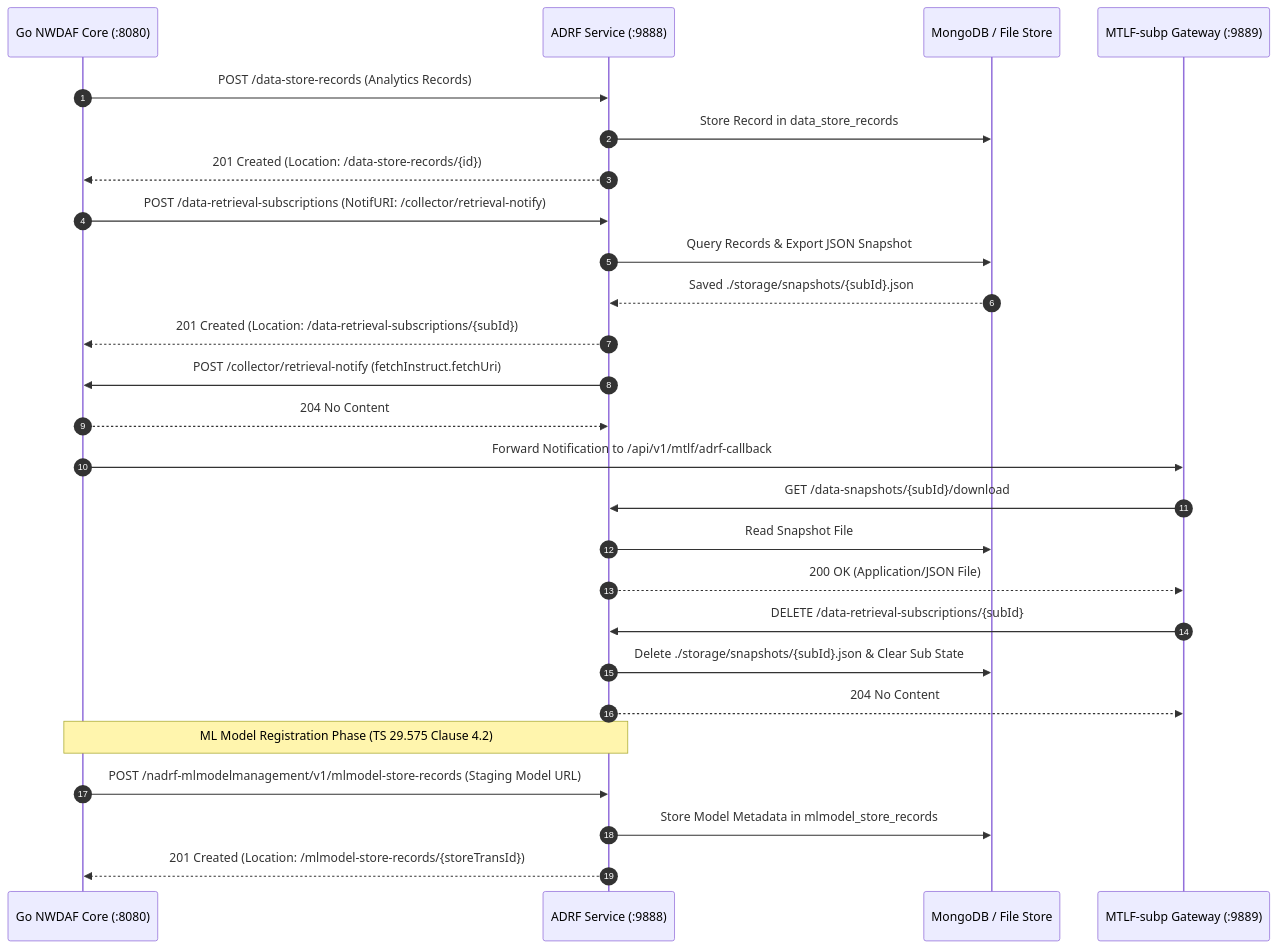
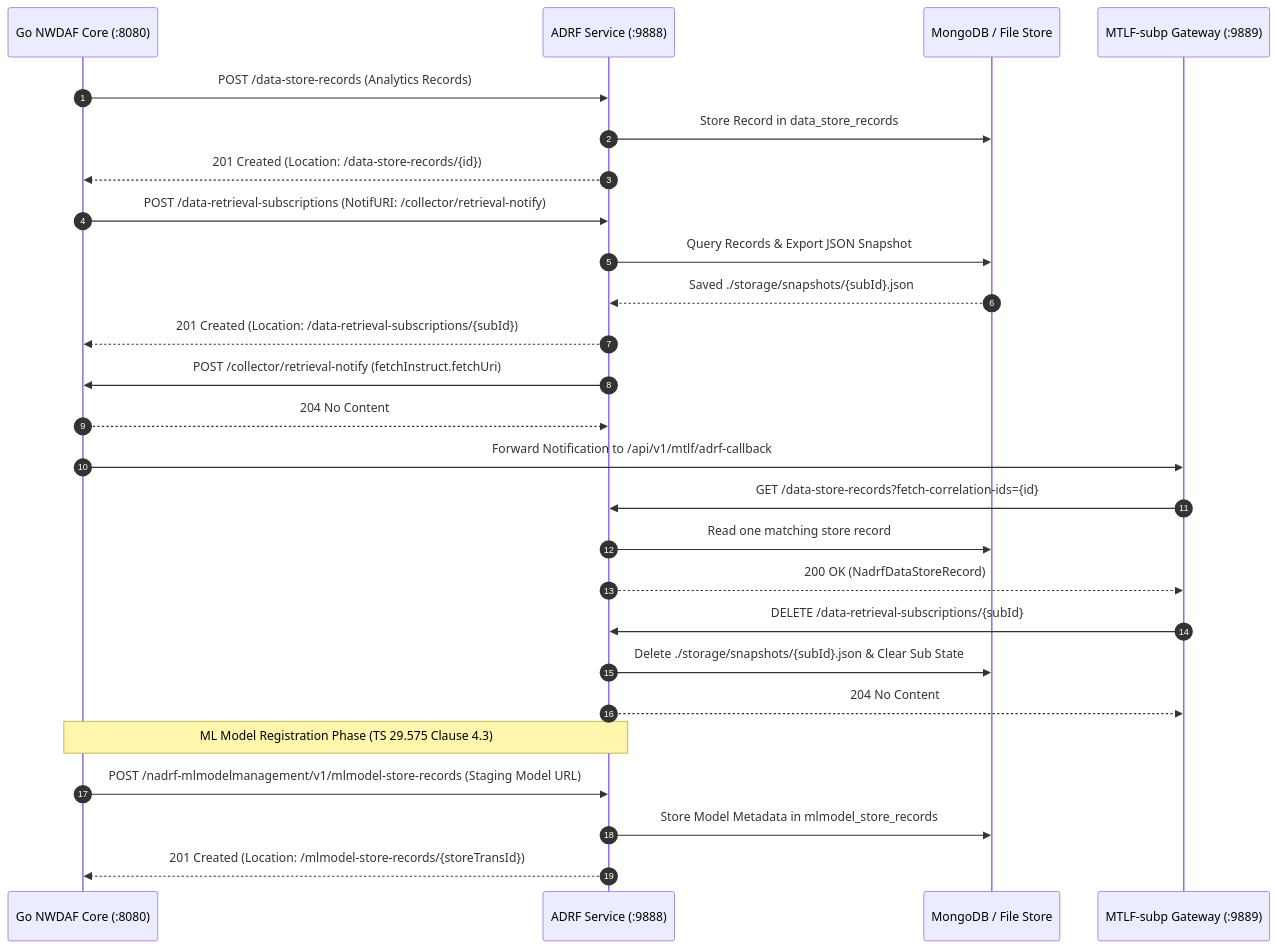
One commit to Intelligent-Systems-Lab/adrf changed the second of 2 diagrams in README.md. Above: the diagram before and after it, drawn with Mermaid. The commit also changed other lines of this file and 10 other files, not shown here.

First line of the commit message:
feat(ml-model): align ADRF storage with Release 18

````diff
--- a/README.md
+++ b/README.md
@@ -32,34 +39,34 @@
 ```mermaid
 sequenceDiagram
     autonumber
     participant NWDAF as Go NWDAF Core (:8080)
     participant ADRF as ADRF Service (:9888)
     participant Mongo as MongoDB / File Store
     participant MTLF as MTLF-subp Gateway (:9889)
 
     NWDAF->>ADRF: POST /data-store-records (Analytics Records)
     ADRF->>Mongo: Store Record in data_store_records
     ADRF-->>NWDAF: 201 Created (Location: /data-store-records/{id})
 
     NWDAF->>ADRF: POST /data-retrieval-subscriptions (NotifURI: /collector/retrieval-notify)
     ADRF->>Mongo: Query Records & Export JSON Snapshot
     Mongo-->>ADRF: Saved ./storage/snapshots/{subId}.json
     ADRF-->>NWDAF: 201 Created (Location: /data-retrieval-subscriptions/{subId})
 
     ADRF->>NWDAF: POST /collector/retrieval-notify (fetchInstruct.fetchUri)
     NWDAF-->>ADRF: 204 No Content
     NWDAF->>MTLF: Forward Notification to /api/v1/mtlf/adrf-callback
 
-    MTLF->>ADRF: GET /data-snapshots/{subId}/download
-    ADRF->>Mongo: Read Snapshot File
-    ADRF-->>MTLF: 200 OK (Application/JSON File)
+    MTLF->>ADRF: GET /data-store-records?fetch-correlation-ids={id}
+    ADRF->>Mongo: Read one matching store record
+    ADRF-->>MTLF: 200 OK (NadrfDataStoreRecord)
 
     MTLF->>ADRF: DELETE /data-retrieval-subscriptions/{subId}
     ADRF->>Mongo: Delete ./storage/snapshots/{subId}.json & Clear Sub State
     ADRF-->>MTLF: 204 No Content
 
-    Note over NWDAF,ADRF: ML Model Registration Phase (TS 29.575 Clause 4.2)
+    Note over NWDAF,ADRF: ML Model Registration Phase (TS 29.575 Clause 4.3)
     NWDAF->>ADRF: POST /nadrf-mlmodelmanagement/v1/mlmodel-store-records (Staging Model URL)
     ADRF->>Mongo: Store Model Metadata in mlmodel_store_records
     ADRF-->>NWDAF: 201 Created (Location: /mlmodel-store-records/{storeTransId})
 ```
````
